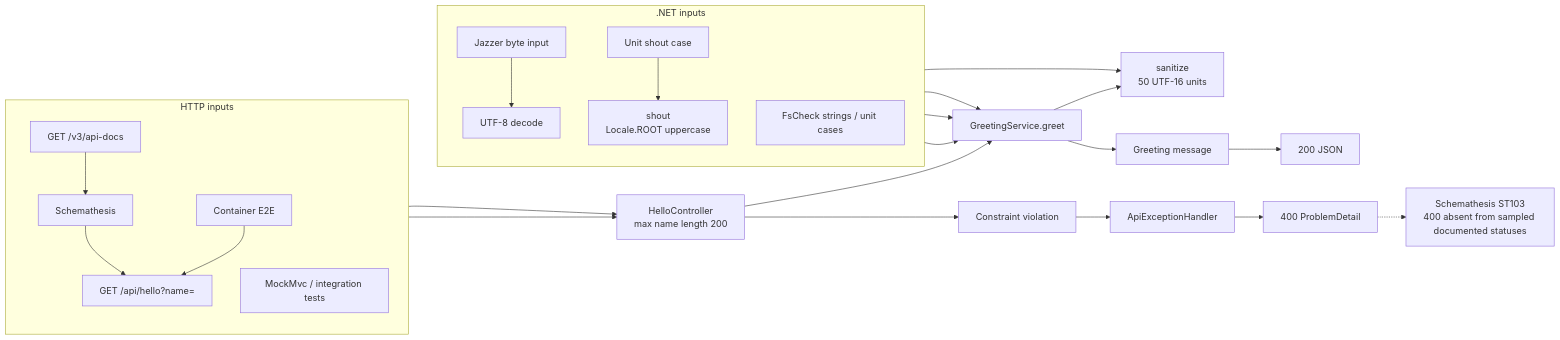
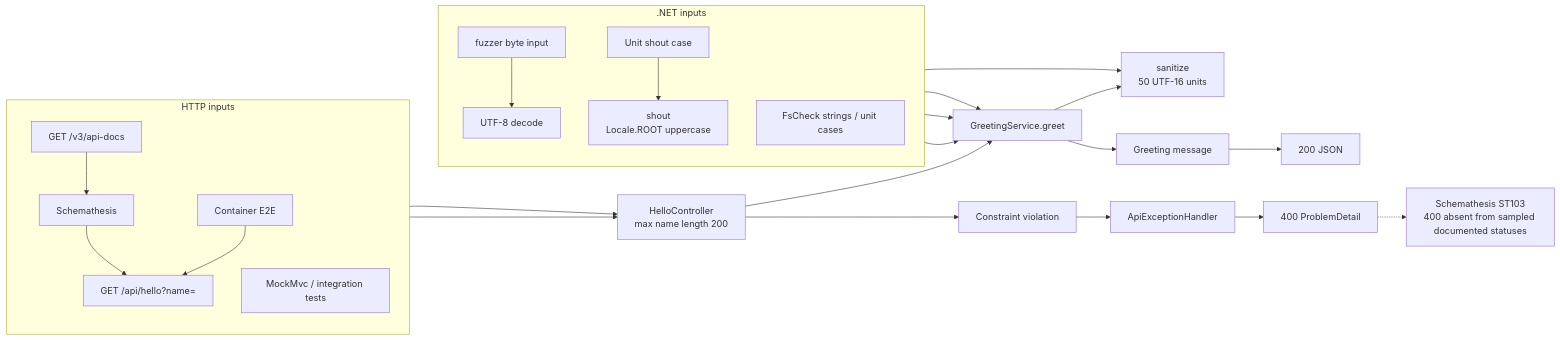
The diagram in docs/reports/fuzzing-summary-2026-11-10.md (ChristianPresley/agentic-pipelines), drawn with Mermaid before and after one commit. The commit also changed other lines of this file and 3 other files, not shown here.

````diff
--- a/docs/reports/fuzzing-summary-2026-11-10.md
+++ b/docs/reports/fuzzing-summary-2026-11-10.md
@@ -55,29 +55,29 @@
 ```mermaid
 flowchart LR
   subgraph DotnetIn[".NET inputs"]
     direction TB
-    Bytes["Jazzer byte input"] --> Decode["UTF-8 decode"]
+    Bytes["fuzzer byte input"] --> Decode["UTF-8 decode"]
     Strings["FsCheck strings / unit cases"]
     Unit["Unit shout case"] --> Shout["shout<br/>Locale.ROOT uppercase"]
   end
   subgraph HttpIn["HTTP inputs"]
     direction TB
     Schema["GET /v3/api-docs"] --> Schem["Schemathesis"] --> Request["GET /api/hello?name="]
     E2E["Container E2E"] --> Request
     MVC["MockMvc / integration tests"]
   end
   Sanitize["sanitize<br/>50 UTF-16 units"]
   Greet["GreetingService.greet"]
   Controller["HelloController<br/>max name length 200"]
   Decode --> Greet
   Strings --> Greet
   Strings --> Sanitize
   Shout --> Greet
   Greet --> Sanitize
   Request --> Controller
   MVC --> Controller
   Controller --> Greet
   Greet --> DTO["Greeting message"] --> JSON["200 JSON"]
   Controller --> Violation["Constraint violation"] --> Handler["ApiExceptionHandler"] --> Problem["400 ProblemDetail"]
   Problem -.-> ST["Schemathesis ST103<br/>400 absent from sampled documented statuses"]
 ```
````
